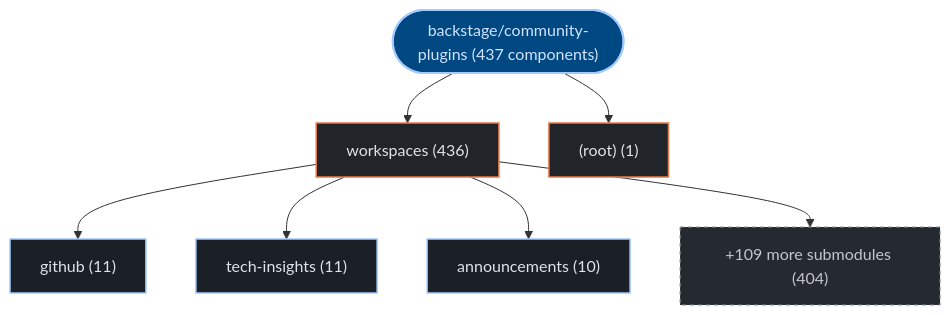
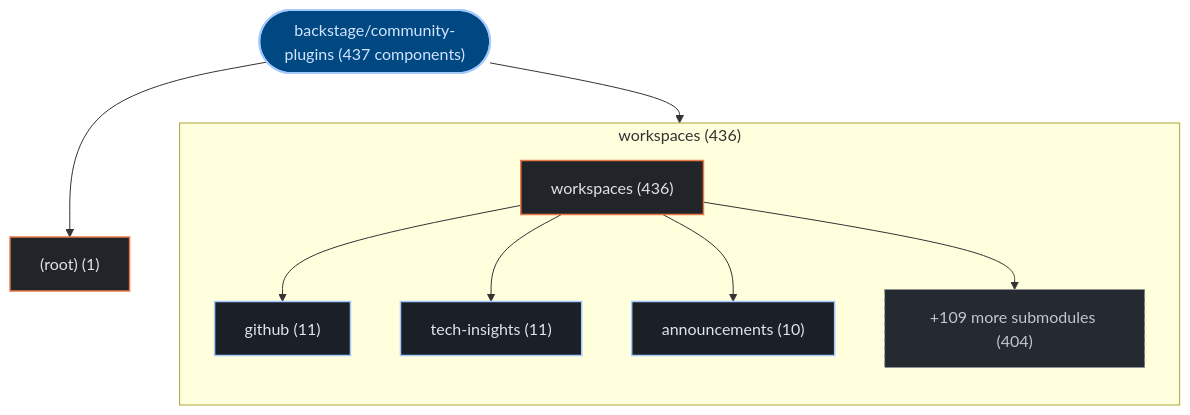
One commit to kumarshaz/atruss-code-atlas changed the first of 2 diagrams in exports/latest/reports/backstage-community-plugins-report.md. Above: the diagram before and after it, drawn with Mermaid. The commit also changed 178 other files, not shown here.

Commit message:
feat(ui,mermaid): upgrade to mermaid v12 + ELK layout, add orgs-summary + pagination, subgraph building blocks, fix tab alignment

````diff
--- a/exports/latest/reports/backstage-community-plugins-report.md
+++ b/exports/latest/reports/backstage-community-plugins-report.md
@@ -42,23 +42,26 @@
 ```mermaid
 graph TD;
   classDef atlasRoot fill:#004882,stroke:#a3c9ff,stroke-width:2px,color:#d3e4ff
   classDef atlasCategory fill:#212428,stroke:#E87A48,stroke-width:1.5px,color:#dfe3eb
   classDef atlasWorkflow fill:#1b2026,stroke:#a3c9ff,stroke-width:1.5px,color:#dfe3eb
   classDef atlasJob fill:#171c22,stroke:#8d9199,stroke-width:1px,color:#dfe3eb
   classDef atlasTarget fill:#005227,stroke:#8bd99b,stroke-width:1.5px,color:#a7f6b6
   classDef atlasAlert fill:#93000a,stroke:#ffb4ab,stroke-width:1.5px,color:#ffdad6
   classDef atlasMore fill:#252a31,stroke:#8d9199,stroke-dasharray:4 4,color:#c3c6cf
     repo_root(["backstage/community-plugins (437 components)"]):::atlasRoot
-    dir_0_workspaces["workspaces (436)"]:::atlasCategory
+    subgraph sg_dir_0_workspaces["workspaces (436)"]
+      direction TB
+      dir_0_workspaces["workspaces (436)"]:::atlasCategory
+      sub_0_0_github["github (11)"]:::atlasWorkflow
+      dir_0_workspaces --> sub_0_0_github
+      sub_0_1_tech_insights["tech-insights (11)"]:::atlasWorkflow
+      dir_0_workspaces --> sub_0_1_tech_insights
+      sub_0_2_announcements["announcements (10)"]:::atlasWorkflow
+      dir_0_workspaces --> sub_0_2_announcements
+      sub_0_more["+109 more submodules (404)"]:::atlasMore
+      dir_0_workspaces --> sub_0_more
+    end
     repo_root --> dir_0_workspaces
-    sub_0_0_github["github (11)"]:::atlasWorkflow
-    dir_0_workspaces --> sub_0_0_github
-    sub_0_1_tech_insights["tech-insights (11)"]:::atlasWorkflow
-    dir_0_workspaces --> sub_0_1_tech_insights
-    sub_0_2_announcements["announcements (10)"]:::atlasWorkflow
-    dir_0_workspaces --> sub_0_2_announcements
-    sub_0_more["+109 more submodules (404)"]:::atlasMore
-    dir_0_workspaces --> sub_0_more
     dir_1__root_["(root) (1)"]:::atlasCategory
     repo_root --> dir_1__root_
 ```
````
